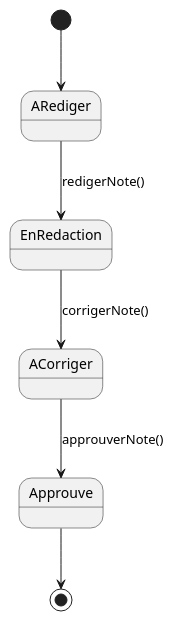
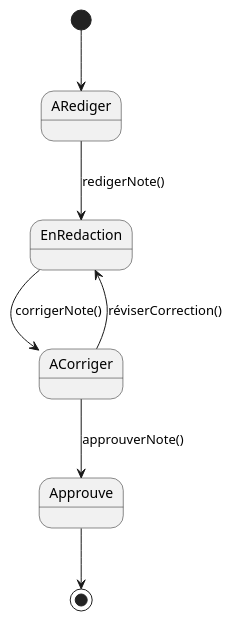
The first of 2 diagrams in etat/rqrsda/cu32-33-rqrsda.puml (yvanross/LOG210-exercices), drawn with PlantUML before and after one commit. The commit also changed 62 other files, not shown here.

```diff
--- a/etat/rqrsda/cu32-33-rqrsda.puml
+++ b/etat/rqrsda/cu32-33-rqrsda.puml
@@ -1,8 +1,8 @@
 @startuml Diagramme d'état
 [*] --> ARediger
 ARediger --> EnRedaction: redigerNote()
 EnRedaction --> ACorriger: corrigerNote()
 ACorriger --> Approuve: approuverNote()
 Approuve -->[*]
-
+ACorriger --> EnRedaction: réviserCorrection()
 @enduml
```
